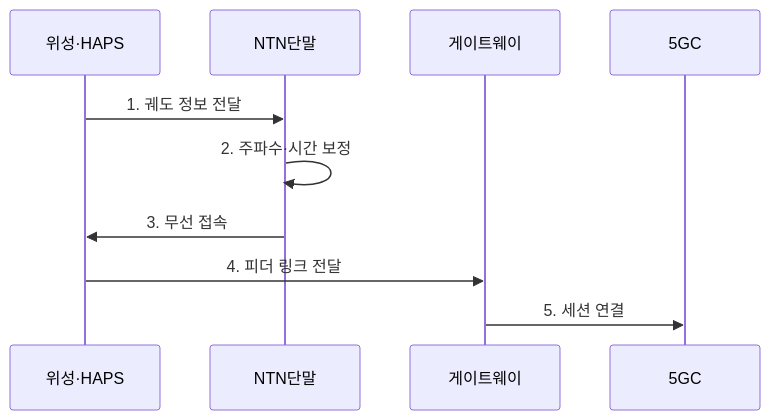
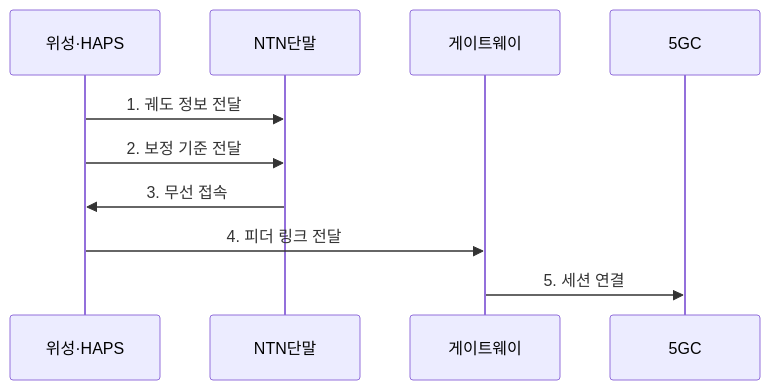
One commit to agnusdei1207/knowledge-base changed the second of 2 diagrams in src/content/docs/notes/04-network/044_non_terrestrial_network.md. Above: the diagram before and after it, drawn with Mermaid. The commit also changed other lines of this file and 122 other files, not shown here.

````diff
--- a/src/content/docs/notes/04-network/044_non_terrestrial_network.md
+++ b/src/content/docs/notes/04-network/044_non_terrestrial_network.md
@@ -82,12 +86,12 @@
 ```mermaid
 sequenceDiagram
     participant 위성·HAPS
     participant NTN단말
     participant 게이트웨이
     participant 5GC
     위성·HAPS->>NTN단말: 1. 궤도 정보 전달
-    NTN단말->>NTN단말: 2. 주파수·시간 보정
+    위성·HAPS->>NTN단말: 2. 보정 기준 전달
     NTN단말->>위성·HAPS: 3. 무선 접속
     위성·HAPS->>게이트웨이: 4. 피더 링크 전달
     게이트웨이->>5GC: 5. 세션 연결
 ```
````
